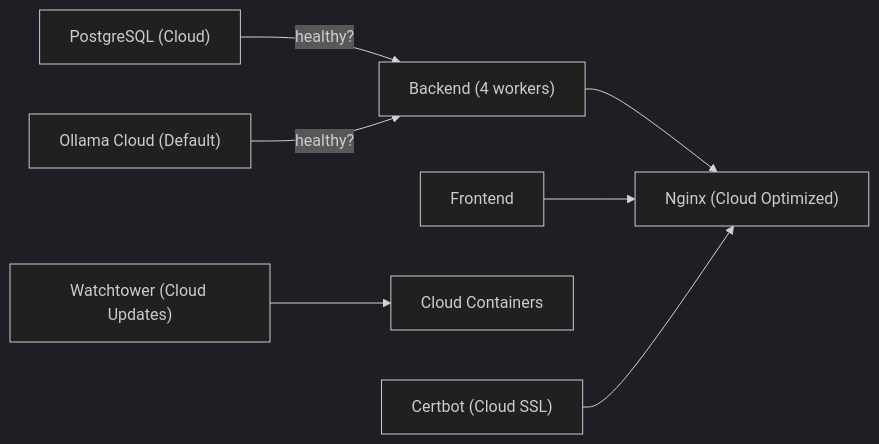
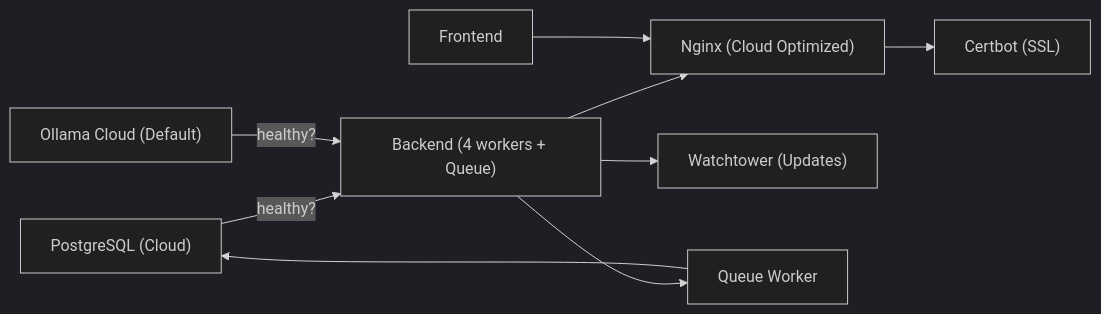
One commit to Revanththetalogics/aireume changed the sixth of 12 diagrams in .qoder/repowiki/en/content/Deployment & DevOps/Deployment & DevOps.md. Above: the diagram before and after it, drawn with Mermaid (dark theme). The commit also changed other lines of this file and 20 other files, not shown here.

````diff
--- a/.qoder/repowiki/en/content/Deployment & DevOps/Deployment & DevOps.md
+++ b/.qoder/repowiki/en/content/Deployment & DevOps/Deployment & DevOps.md
@@ -273,9 +310,11 @@
 ```mermaid
 graph LR
-Postgres["PostgreSQL (Cloud)"] -- "healthy?" --> Backend["Backend (4 workers)"]
+Postgres["PostgreSQL (Cloud)"] -- "healthy?" --> Backend["Backend (4 workers + Queue)"]
 OllamaCloud["Ollama Cloud (Default)"] -- "healthy?" --> Backend
 Backend --> Nginx["Nginx (Cloud Optimized)"]
 Frontend["Frontend"] --> Nginx
-Watchtower["Watchtower (Cloud Updates)"] --> Containers["Cloud Containers"]
-Certbot["Certbot (Cloud SSL)"] --> Nginx
+Nginx --> Certbot["Certbot (SSL)"]
+Backend --> Watchtower["Watchtower (Updates)"]
+Backend --> QueueWorker["Queue Worker"]
+QueueWorker --> Postgres
 ```
````
